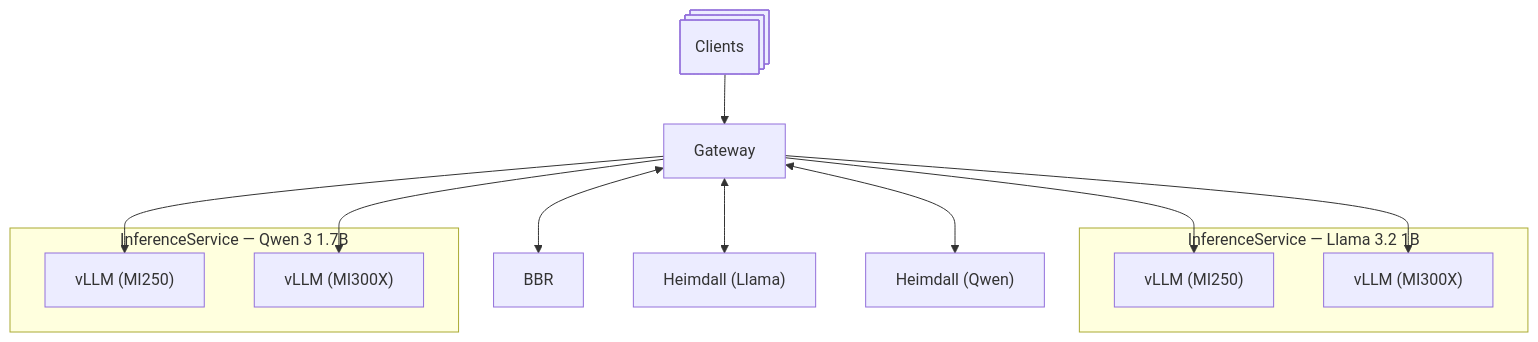
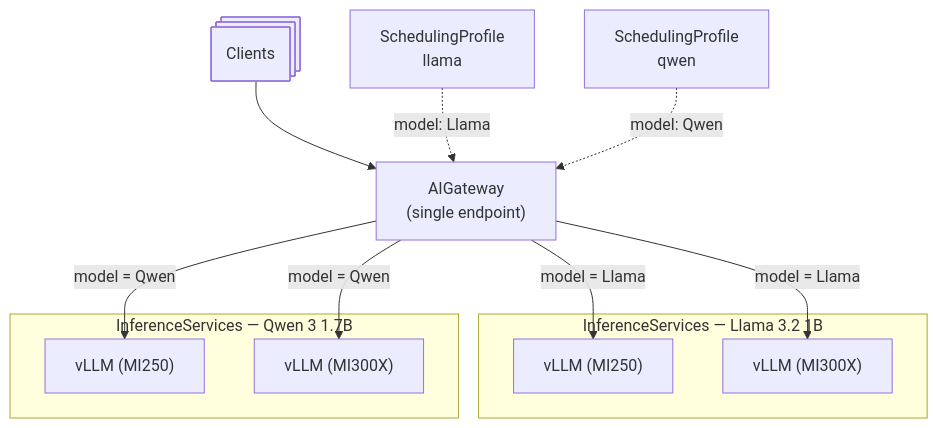
One commit to moreh-dev/mif changed the diagram in website/docs/operations/multi-model.mdx. Above: the diagram before and after it, drawn with Mermaid. The commit also changed other lines of this file, not shown here.

First line of the commit message:
MAF-20256: docs(website): rewrite multi-model serving for the AIGateway

````diff
--- a/website/docs/operations/multi-model.mdx
+++ b/website/docs/operations/multi-model.mdx
@@ -23,19 +21,18 @@
 ```mermaid
 graph TB
-    clients@{ shape: procs, label: "Clients" } --> gateway[Gateway]
-    gateway <--> bbr[BBR]
-    gateway <--> heimdall_llama["Heimdall (Llama)"]
-    gateway <--> heimdall_qwen["Heimdall (Qwen)"]
-    subgraph isvc_llama["InferenceService — Llama 3.2 1B"]
+    clients@{ shape: procs, label: "Clients" } --> gateway["AIGateway<br>(single endpoint)"]
+    sp_llama["SchedulingProfile<br>llama"] -. model: Llama .-> gateway
+    sp_qwen["SchedulingProfile<br>qwen"] -. model: Qwen .-> gateway
+    subgraph isvc_llama["InferenceServices — Llama 3.2 1B"]
       llama_mi250["vLLM (MI250)"]
       llama_mi300x["vLLM (MI300X)"]
     end
-    subgraph isvc_qwen["InferenceService — Qwen 3 1.7B"]
+    subgraph isvc_qwen["InferenceServices — Qwen 3 1.7B"]
       qwen_mi250["vLLM (MI250)"]
       qwen_mi300x["vLLM (MI300X)"]
     end
-    gateway --> llama_mi250
-    gateway --> llama_mi300x
-    gateway --> qwen_mi250
-    gateway --> qwen_mi300x
+    gateway -->|model = Llama| llama_mi250
+    gateway -->|model = Llama| llama_mi300x
+    gateway -->|model = Qwen| qwen_mi250
+    gateway -->|model = Qwen| qwen_mi300x
 ```
````
